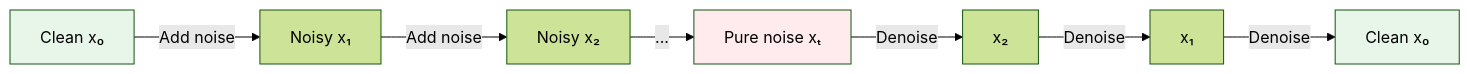
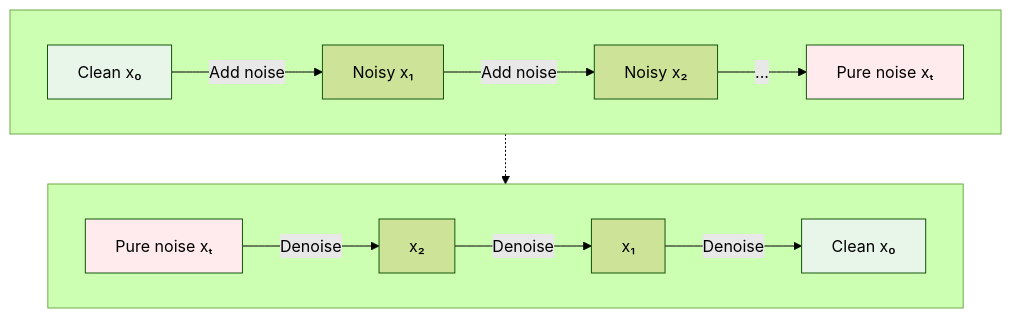
The fourth of 7 diagrams in docs/getting-started/core-concepts.md (avitai/artifex), drawn with Mermaid (forest theme) before and after one commit. The commit also changed other lines of this file and 16 other files, not shown here.

````diff
--- a/docs/getting-started/core-concepts.md
+++ b/docs/getting-started/core-concepts.md
@@ -261,13 +400,23 @@
 ```mermaid
-graph LR
-    X0[Clean x₀] -->|Add noise| X1[Noisy x₁]
-    X1 -->|Add noise| X2[Noisy x₂]
-    X2 -->|...| XT[Pure noise xₜ]
-    XT -->|Denoise| X2R[x₂]
-    X2R -->|Denoise| X1R[x₁]
-    X1R -->|Denoise| X0R[Clean x₀]
+graph TB
+    subgraph Forward[" "]
+        direction LR
+        X0[Clean x₀] -->|Add noise| X1[Noisy x₁]
+        X1 -->|Add noise| X2[Noisy x₂]
+        X2 -->|...| XT[Pure noise xₜ]
+    end
+
+    subgraph Reverse[" "]
+        direction LR
+        XT2[Pure noise xₜ] -->|Denoise| X2R[x₂]
+        X2R -->|Denoise| X1R[x₁]
+        X1R -->|Denoise| X0R[Clean x₀]
+    end
+
+    XT -.-> XT2
 
     style X0 fill:#e8f5e9
     style XT fill:#ffebee
+    style XT2 fill:#ffebee
     style X0R fill:#e8f5e9
 ```
````
